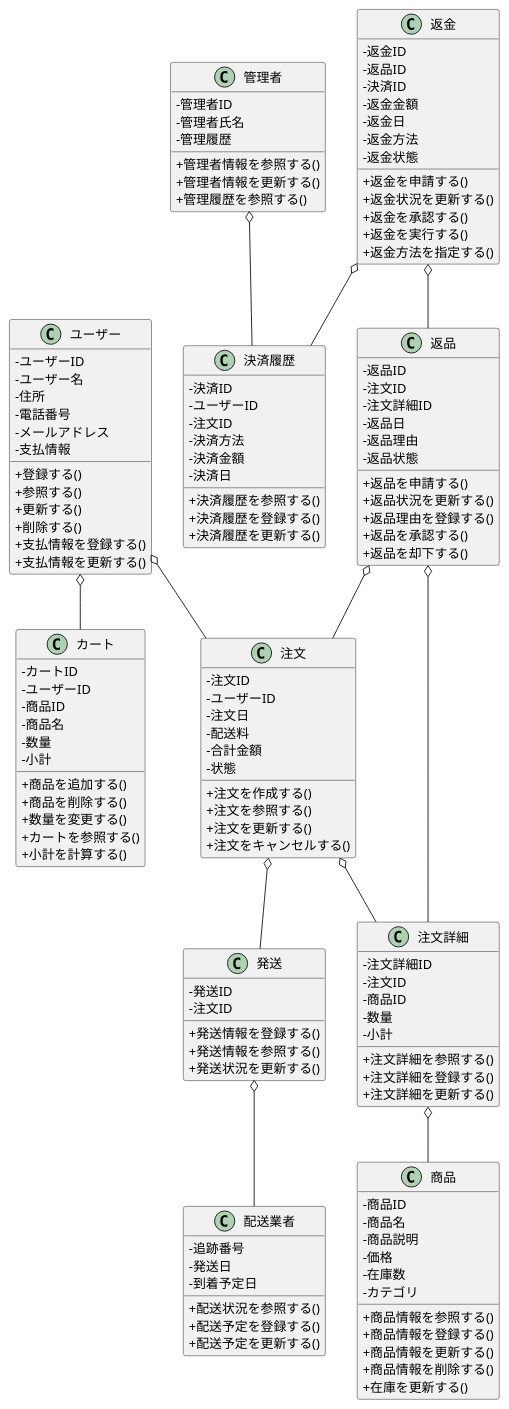
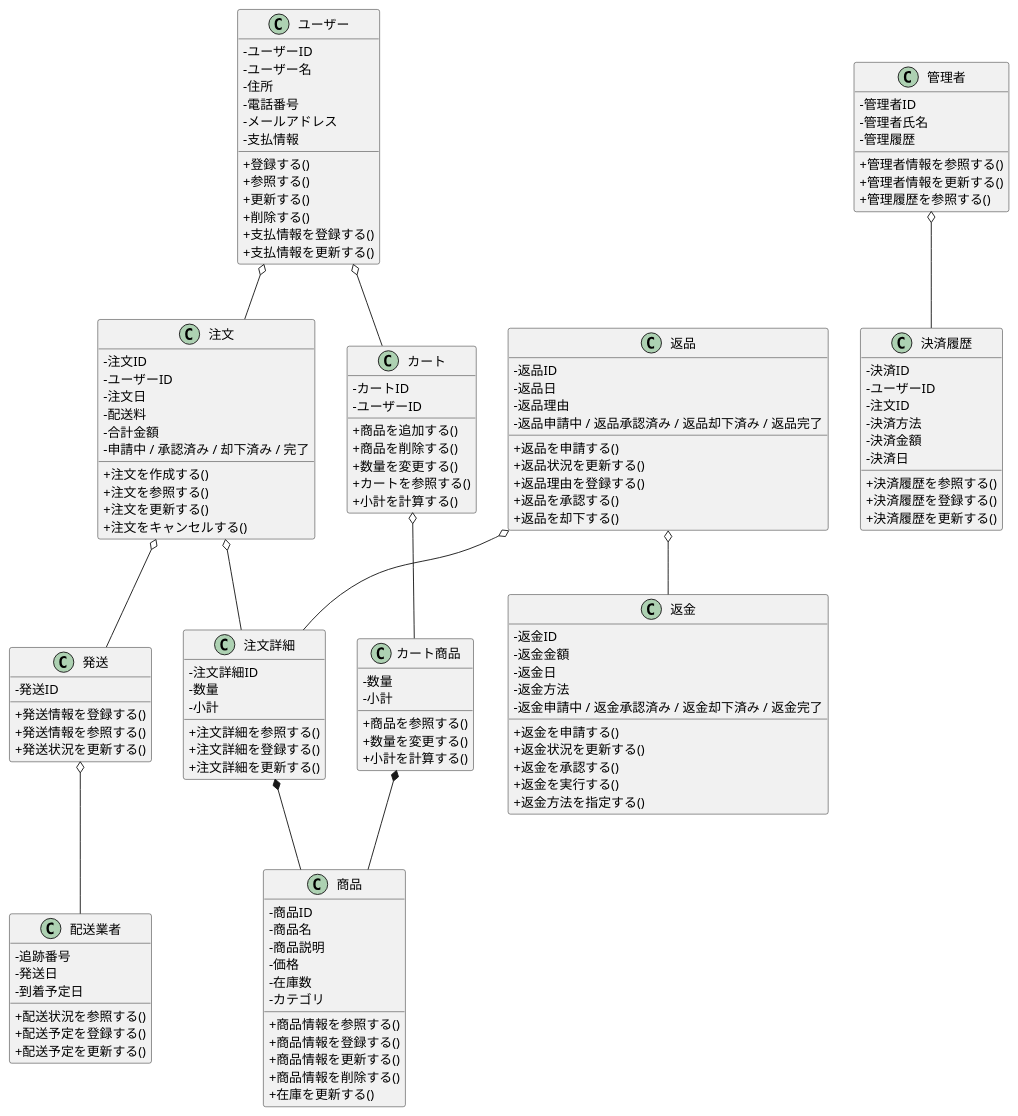
The diagram in group/bb/class.pu (kmm2459342/ohara_uml), drawn with PlantUML before and after one commit.

```diff
--- a/group/bb/class.pu
+++ b/group/bb/class.pu
@@ -1,163 +1,163 @@
-@startuml 商品管理システムクラス図
+@startuml 商品管理システムクラス図（状態文字列版）
 skinparam classAttributeIconSize 0
 skinparam componentStyle rectangle
 
 ' =====================
 ' 販売システム
 ' =====================
 class ユーザー {
     - ユーザーID
     - ユーザー名
     - 住所
     - 電話番号
     - メールアドレス
     - 支払情報
     + 登録する()
     + 参照する()
     + 更新する()
     + 削除する()
     + 支払情報を登録する()
     + 支払情報を更新する()
 }
 
 class カート {
     - カートID
     - ユーザーID
-    - 商品ID
-    - 商品名
-    - 数量
-    - 小計
     + 商品を追加する()
     + 商品を削除する()
     + 数量を変更する()
     + カートを参照する()
+    + 小計を計算する()
+}
+
+class カート商品 {
+    - 数量
+    - 小計
+    + 商品を参照する()
+    + 数量を変更する()
     + 小計を計算する()
 }
 
 ' =====================
 ' 管理システム
 ' =====================
 class 管理者 {
     - 管理者ID
     - 管理者氏名
     - 管理履歴
     + 管理者情報を参照する()
     + 管理者情報を更新する()
     + 管理履歴を参照する()
 }
 
 class 決済履歴 {
     - 決済ID
     - ユーザーID
     - 注文ID
     - 決済方法
     - 決済金額
     - 決済日
     + 決済履歴を参照する()
     + 決済履歴を登録する()
     + 決済履歴を更新する()
 }
 
 ' =====================
 ' 共通システム
 ' =====================
 class 商品 {
     - 商品ID
     - 商品名
     - 商品説明
     - 価格
     - 在庫数
     - カテゴリ
     + 商品情報を参照する()
     + 商品情報を登録する()
     + 商品情報を更新する()
     + 商品情報を削除する()
     + 在庫を更新する()
 }
 
 class 注文 {
     - 注文ID
     - ユーザーID
     - 注文日
     - 配送料
     - 合計金額
-    - 状態
+    - 申請中 / 承認済み / 却下済み / 完了
     + 注文を作成する()
     + 注文を参照する()
     + 注文を更新する()
     + 注文をキャンセルする()
 }
 
 class 注文詳細 {
     - 注文詳細ID
-    - 注文ID
-    - 商品ID
     - 数量
     - 小計
     + 注文詳細を参照する()
     + 注文詳細を登録する()
     + 注文詳細を更新する()
 }
 
 class 発送 {
     - 発送ID
-    - 注文ID
     + 発送情報を登録する()
     + 発送情報を参照する()
     + 発送状況を更新する()
 }
 
 class 配送業者 {
     - 追跡番号
     - 発送日
     - 到着予定日
     + 配送状況を参照する()
     + 配送予定を登録する()
     + 配送予定を更新する()
 }
 
 class 返品 {
     - 返品ID
-    - 注文ID
-    - 注文詳細ID
     - 返品日
     - 返品理由
-    - 返品状態
+    - 返品申請中 / 返品承認済み / 返品却下済み / 返品完了
     + 返品を申請する()
     + 返品状況を更新する()
     + 返品理由を登録する()
     + 返品を承認する()
     + 返品を却下する()
 }
 
 class 返金 {
     - 返金ID
-    - 返品ID
-    - 決済ID
     - 返金金額
     - 返金日
     - 返金方法
-    - 返金状態
+    - 返金申請中 / 返金承認済み / 返金却下済み / 返金完了
     + 返金を申請する()
     + 返金状況を更新する()
     + 返金を承認する()
     + 返金を実行する()
     + 返金方法を指定する()
 }
 
 ' =====================
 ' 関係性
 ' =====================
 ユーザー o-- カート
+カート o-- カート商品
+カート商品 *-- 商品
+
 ユーザー o-- 注文
 注文 o-- 注文詳細
 注文 o-- 発送
-注文詳細 o-- 商品
+注文詳細 *-- 商品
 発送 o-- 配送業者
-返品 o-- 注文
+
 返品 o-- 注文詳細
-返金 o-- 返品
-返金 o-- 決済履歴
+返品 o-- 返金
+
 管理者 o-- 決済履歴
 
 @enduml
```
